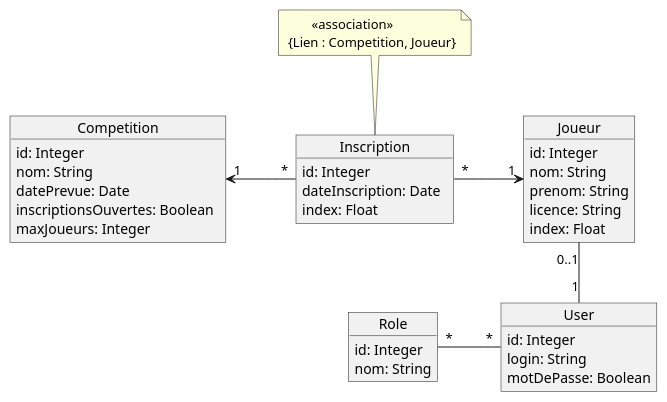
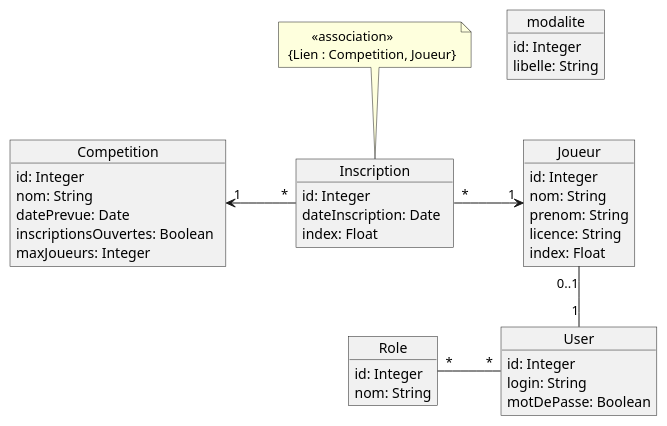
One commit to sio-melun/springsecuritydocs changed the diagram in src/docs/asciidoc/spring-security-intro.adoc. Above: the diagram before and after it, drawn with PlantUML.

Commit message:
Début de spécification Ebauche du modèle de données

```diff
--- a/src/docs/asciidoc/spring-security-intro.adoc
+++ b/src/docs/asciidoc/spring-security-intro.adoc
@@ -29,43 +29,49 @@
 [plantuml]
 ----
 object Competition {
   id: Integer
   nom: String
   datePrevue: Date
   inscriptionsOuvertes: Boolean\t
   maxJoueurs: Integer
+}
+
+object modalite {
+  id: Integer
+  libelle: String
+  
 }
 
 object Joueur {
   id: Integer
   nom: String
   prenom: String
   licence: String
   index: Float
 
 }
 
 object User {
   id: Integer
   login: String
   motDePasse: Boolean
 }
 
 object Role {
   id: Integer
   nom: String
 }
 
 object Inscription {
   id: Integer
   dateInscription: Date\t
   index: Float
 }
 
 Inscription "*" -> "1" Joueur : "          "
 Competition "1" <- "*" Inscription : "          "
 Joueur "0..1" -- "1" User
 Role "*" - "*" User : "        "
 note top of Inscription : \t<<association>>\n {Lien : Competition, Joueur}
 
 ----
```
